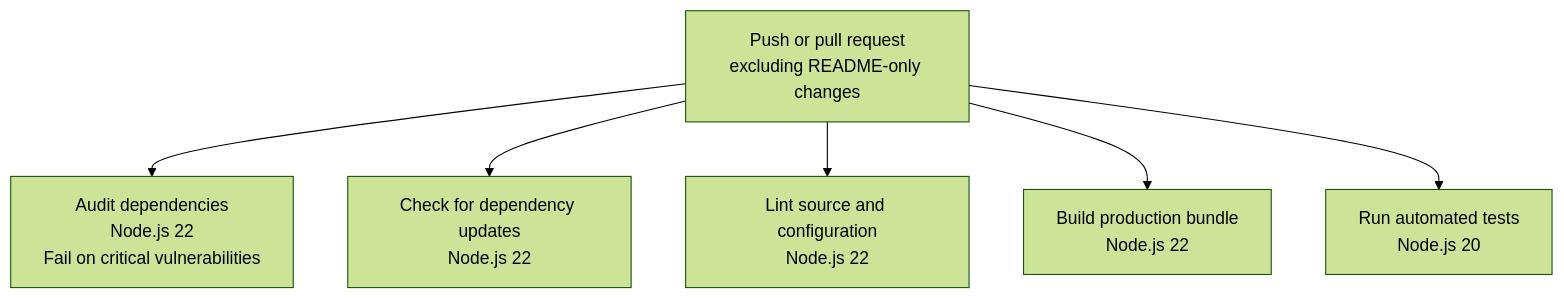
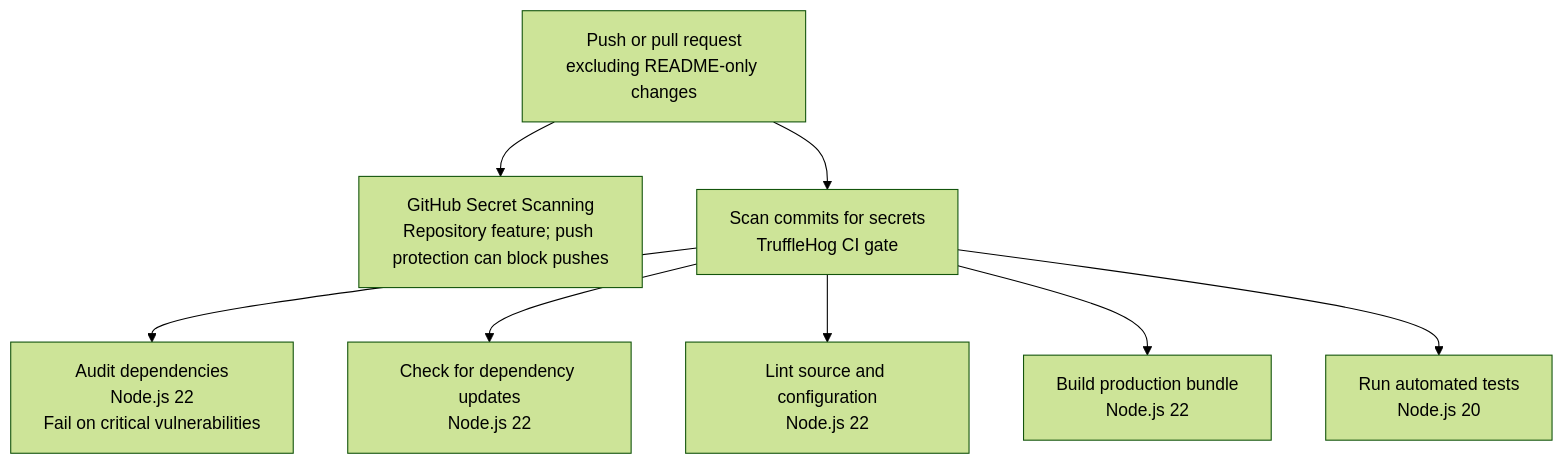
Before and after one commit to shiv325/javascript-spa-simple: the diagram in README.md, drawn with Mermaid (forest theme). The commit also changed other lines of this file and 4 other files, not shown here.

First line of the commit message:
Add secret scanning and security linting to CI workflow

````diff
--- a/README.md
+++ b/README.md
@@ -63,8 +63,10 @@
 ```mermaid
 flowchart TD
-    trigger["Push or pull request<br/>excluding README-only changes"] --> audit["Audit dependencies<br/>Node.js 22<br/>Fail on critical vulnerabilities"]
-    trigger --> updates["Check for dependency updates<br/>Node.js 22"]
-    trigger --> lint["Lint source and configuration<br/>Node.js 22"]
-    trigger --> build["Build production bundle<br/>Node.js 22"]
-    trigger --> tests["Run automated tests<br/>Node.js 20"]
+    trigger["Push or pull request<br/>excluding README-only changes"] --> native["GitHub Secret Scanning<br/>Repository feature; push protection can block pushes"]
+    trigger --> secrets["Scan commits for secrets<br/>TruffleHog CI gate"]
+    secrets --> audit["Audit dependencies<br/>Node.js 22<br/>Fail on critical vulnerabilities"]
+    secrets --> updates["Check for dependency updates<br/>Node.js 22"]
+    secrets --> lint["Lint source and configuration<br/>Node.js 22"]
+    secrets --> build["Build production bundle<br/>Node.js 22"]
+    secrets --> tests["Run automated tests<br/>Node.js 20"]
 ```
````
